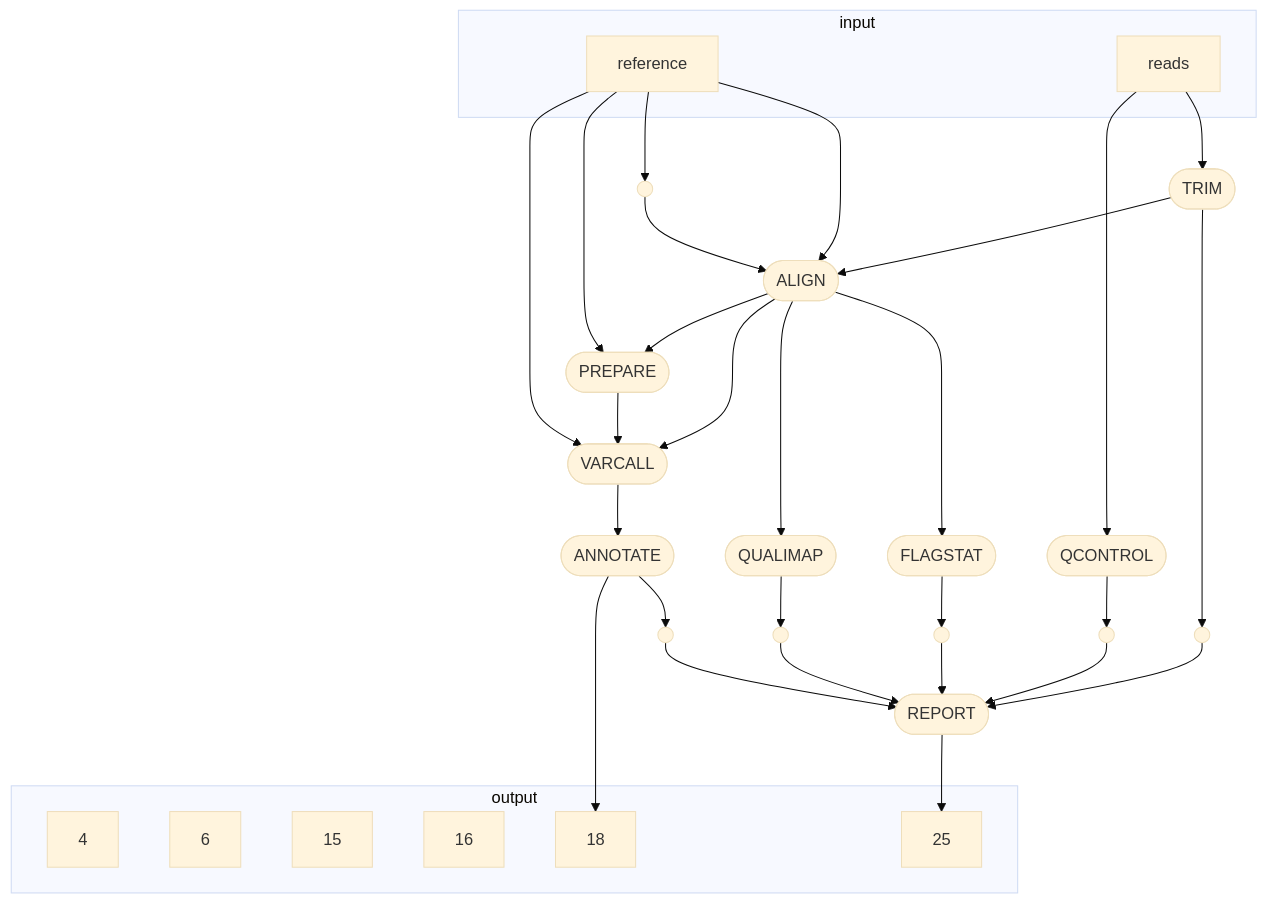
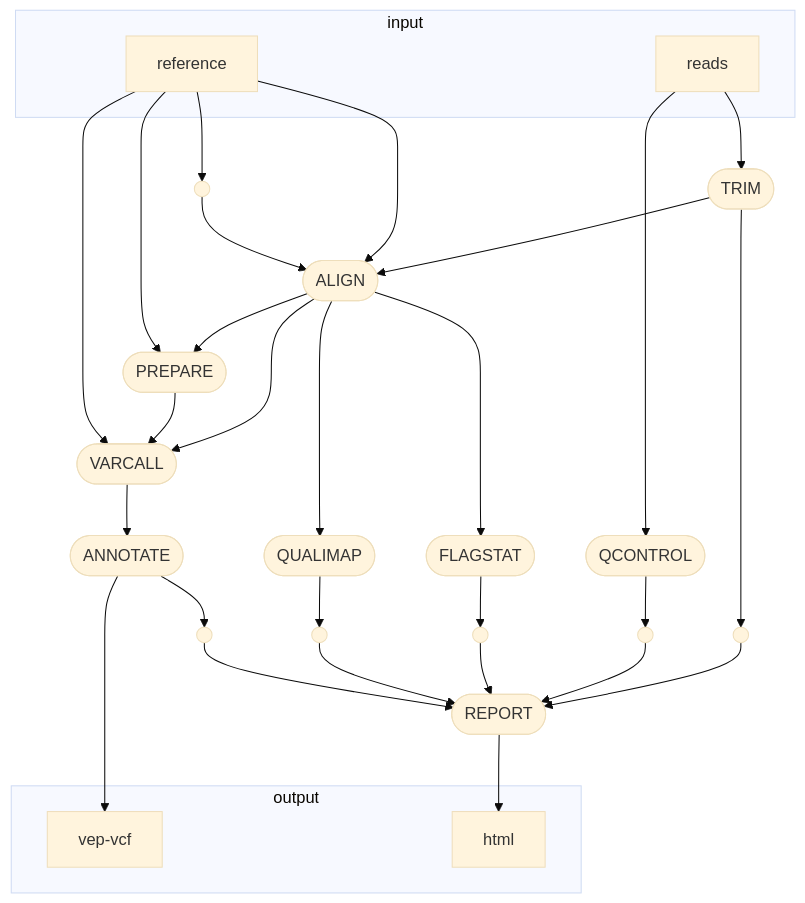
Before and after one commit to glebus-sasha/deepvariant_nf: the diagram in README.md, drawn with Mermaid.

````diff
--- a/README.md
+++ b/README.md
@@ -5,57 +5,53 @@
 ```mermaid
 %%{init: {'theme':'base'}}%%
 flowchart TB
     subgraph "input"
     v0["reads"]
     v1["reference"]
     end
     v3([QCONTROL])
     subgraph "output"
-    v4["4"]
-    v6["6"]
-    v15["15"]
-    v16["16"]
-    v18["18"]
-    v25["25"]
+    v18["vep-vcf"]
+    v25["html"]
     end
     v5([TRIM])
     v8([ALIGN])
     v9([FLAGSTAT])
     v10([QUALIMAP])
     v12([PREPARE])
     v14([VARCALL])
     v17([ANNOTATE])
     v24([REPORT])
     v2(( ))
     v19(( ))
     v20(( ))
     v21(( ))
     v22(( ))
     v23(( ))
     v0 --> v3
     v0 --> v5
     v1 --> v2
     v3 --> v20
     v5 --> v8
     v5 --> v19
     v1 --> v8
     v2 --> v8
     v8 --> v9
     v8 --> v10
     v8 --> v12
     v8 --> v14
     v9 --> v21
     v10 --> v22
     v1 --> v12
     v12 --> v14
     v1 --> v14
     v14 --> v17
     v17 --> v18
     v17 --> v23
     v19 --> v24
     v20 --> v24
     v21 --> v24
     v22 --> v24
     v23 --> v24
     v24 --> v25
 ```
````
